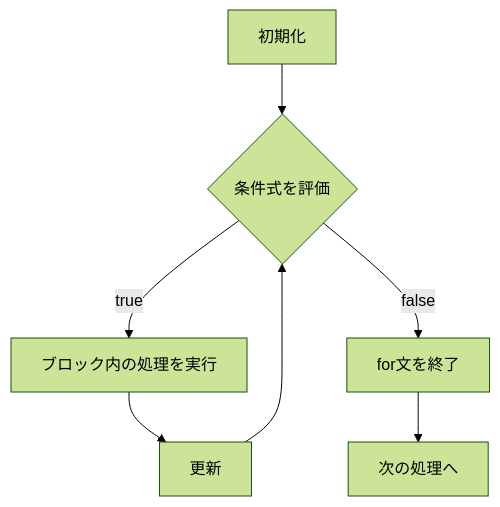
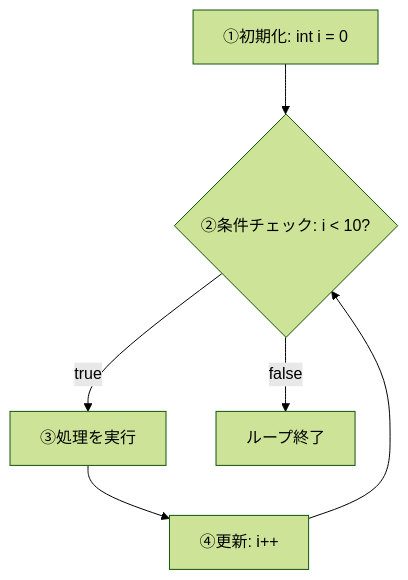
Before and after one commit to hash52/programming-bootcamp: the first of 2 diagrams in docs/docs/java/basics/05_loops.mdx, drawn with Mermaid (forest theme). The commit also changed other lines of this file and 1 other file, not shown here.

````diff
--- a/docs/docs/java/basics/05_loops.mdx
+++ b/docs/docs/java/basics/05_loops.mdx
@@ -66,9 +94,8 @@
 ```mermaid
 flowchart TD
-    A[初期化] --> B{条件式を評価}
-    B -->|true| C[ブロック内の処理を実行]
-    C --> D[更新]
+    A[①初期化: int i = 0] --> B{②条件チェック: i < 10?}
+    B -->|true| C[③処理を実行]
+    C --> D[④更新: i++]
     D --> B
-    B -->|false| E[for文を終了]
-    E --> F[次の処理へ]
+    B -->|false| E[ループ終了]
 ```
````
